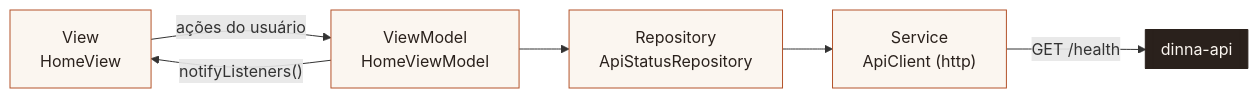
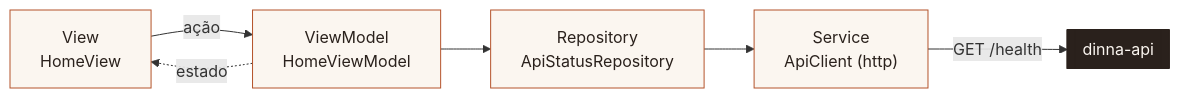
Before and after one commit to jeancarlosaps/dinna-flutter: the second of 2 diagrams in README.md, drawn with Mermaid. The commit also changed other lines of this file, not shown here.

Commit message:
docs: corrige nota de HTTP sem TLS e rótulos do diagrama MVVM

````diff
--- a/README.md
+++ b/README.md
@@ -152,12 +152,12 @@
 ```mermaid
 flowchart LR
-  V["View<br/>HomeView"] -- "ações do usuário" --> VM["ViewModel<br/>HomeViewModel"]
-  VM -- "notifyListeners()" --> V
+  V["View<br/>HomeView"] -- "ação" --> VM["ViewModel<br/>HomeViewModel"]
+  VM -. "estado" .-> V
   VM --> R["Repository<br/>ApiStatusRepository"]
   R --> S["Service<br/>ApiClient (http)"]
   S -- "GET /health" --> API[["dinna-api"]]
   classDef layer fill:#FBF6F0,stroke:#B4532A,color:#2A211C
   classDef ext fill:#2A211C,stroke:#2A211C,color:#FBF6F0
   class V,VM,R,S layer
   class API ext
 ```
````
